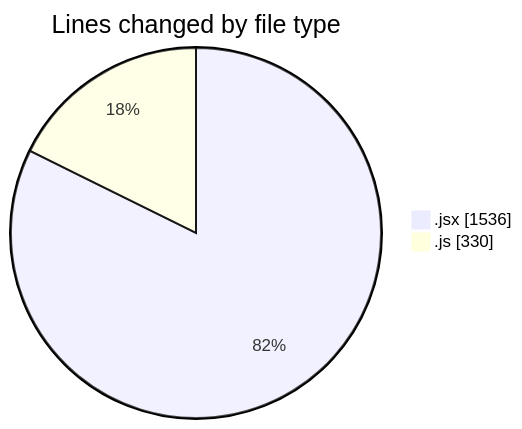
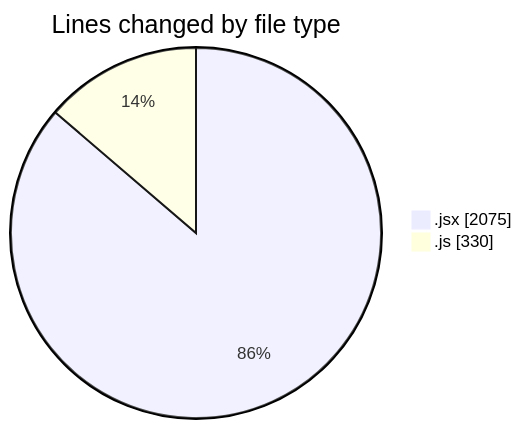
One commit to nxtqubesakshisongat/code-tracking changed the first of 2 diagrams in 2025-07-30/nxtqube_webapp/README.md. Above: the diagram before and after it, drawn with Mermaid. The commit also changed other lines of this file and 1 other file, not shown here.

````diff
--- a/2025-07-30/nxtqube_webapp/README.md
+++ b/2025-07-30/nxtqube_webapp/README.md
@@ -23,6 +24,6 @@
 ```mermaid
 pie showData
 title Lines changed by file type
-".jsx" : 1536
+".jsx" : 2075
 ".js" : 330
 ```
````
